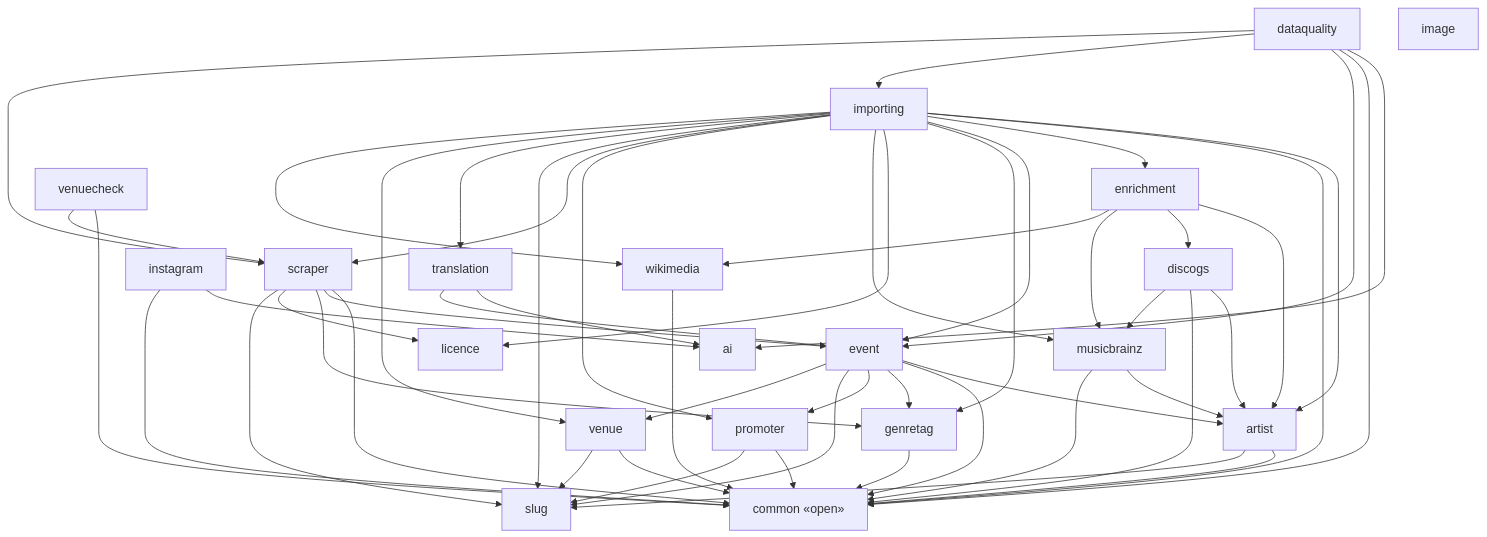
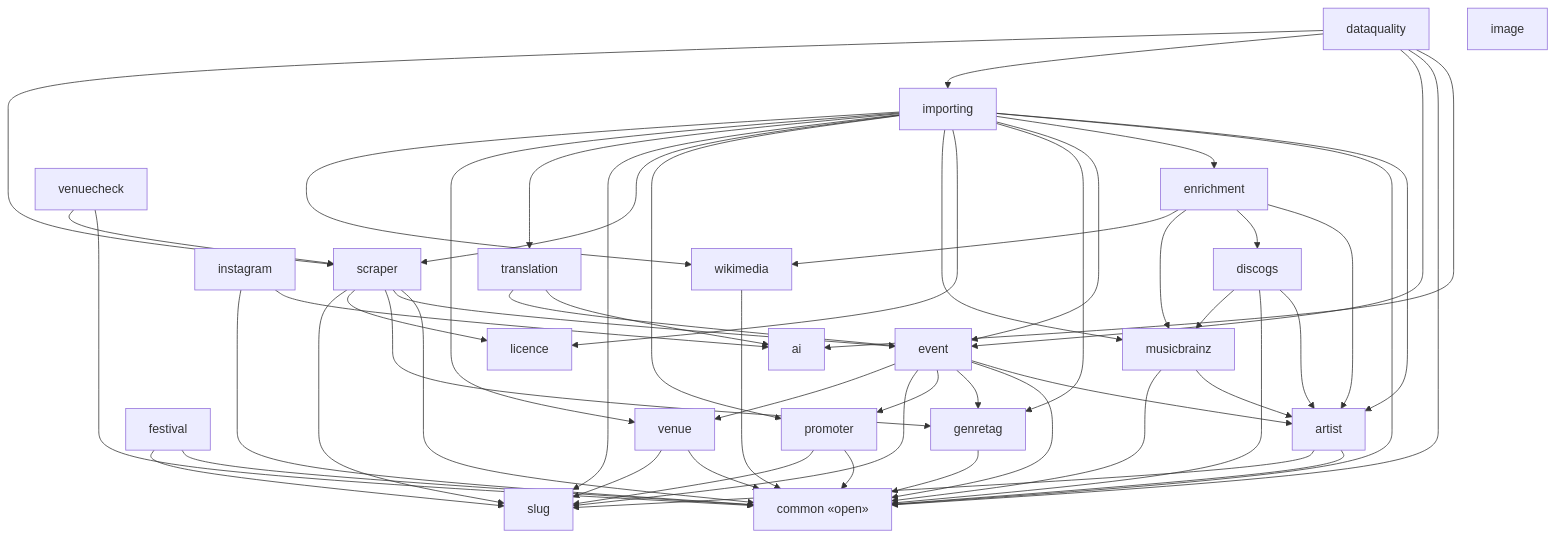
The diagram in docs/architecture/modules-events-importer.md (enorm-labs/event-junkie), drawn with Mermaid before and after one commit. The commit also changed 48 other files, not shown here.

````diff
--- a/docs/architecture/modules-events-importer.md
+++ b/docs/architecture/modules-events-importer.md
@@ -9,76 +9,79 @@
 ```mermaid
 flowchart TD
     ai["ai"]
     artist["artist"]
     common["common «open»"]
     dataquality["dataquality"]
     discogs["discogs"]
     enrichment["enrichment"]
     event["event"]
+    festival["festival"]
     genretag["genretag"]
     image["image"]
     importing["importing"]
     instagram["instagram"]
     licence["licence"]
     musicbrainz["musicbrainz"]
     promoter["promoter"]
     scraper["scraper"]
     slug["slug"]
     translation["translation"]
     venue["venue"]
     venuecheck["venuecheck"]
     wikimedia["wikimedia"]
 
     artist --> common
     artist --> slug
     dataquality --> ai
     dataquality --> common
     dataquality --> event
     dataquality --> importing
     dataquality --> scraper
     discogs --> artist
     discogs --> common
     discogs --> musicbrainz
     enrichment --> artist
     enrichment --> discogs
     enrichment --> musicbrainz
     enrichment --> wikimedia
     event --> artist
     event --> common
     event --> genretag
     event --> promoter
     event --> slug
     event --> venue
+    festival --> common
+    festival --> slug
     genretag --> common
     importing --> artist
     importing --> common
     importing --> enrichment
     importing --> event
     importing --> genretag
     importing --> licence
     importing --> musicbrainz
     importing --> promoter
     importing --> scraper
     importing --> slug
     importing --> translation
     importing --> venue
     importing --> wikimedia
     instagram --> ai
     instagram --> common
     musicbrainz --> artist
     musicbrainz --> common
     promoter --> common
     promoter --> slug
     scraper --> common
     scraper --> event
     scraper --> genretag
     scraper --> licence
     scraper --> slug
     translation --> ai
     translation --> event
     venue --> common
     venue --> slug
     venuecheck --> common
     venuecheck --> scraper
     wikimedia --> common
 ```
````
